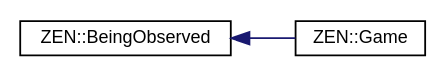
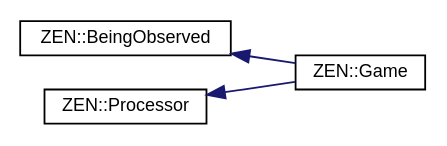
Before and after one commit to markhj/zeronetics: the diagram in inherit_graph_1.dot, drawn with Graphviz. The commit also changed 208 other files, not shown here.

```diff
--- a/inherit_graph_1.dot
+++ b/inherit_graph_1.dot
@@ -1,10 +1,12 @@
 digraph "Graphical Class Hierarchy"
 {
  // LATEX_PDF_SIZE
   edge [fontname="Helvetica",fontsize="10",labelfontname="Helvetica",labelfontsize="10"];
   node [fontname="Helvetica",fontsize="10",shape=record];
   rankdir="LR";
   Node0 [label="ZEN::BeingObserved",height=0.2,width=0.4,color="black", fillcolor="white", style="filled",URL="$classZEN_1_1BeingObserved.html",tooltip=" "];
   Node0 -> Node1 [dir="back",color="midnightblue",fontsize="10",style="solid",fontname="Helvetica"];
   Node1 [label="ZEN::Game",height=0.2,width=0.4,color="black", fillcolor="white", style="filled",URL="$classZEN_1_1Game.html",tooltip=" "];
+  Node62 [label="ZEN::Processor",height=0.2,width=0.4,color="black", fillcolor="white", style="filled",URL="$classZEN_1_1Processor.html",tooltip=" "];
+  Node62 -> Node1 [dir="back",color="midnightblue",fontsize="10",style="solid",fontname="Helvetica"];
 }
```
